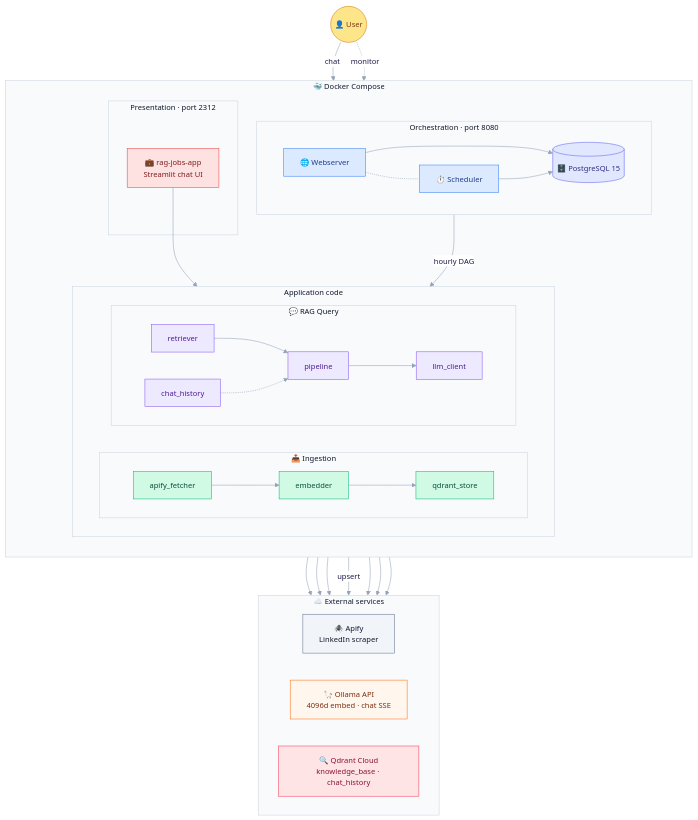
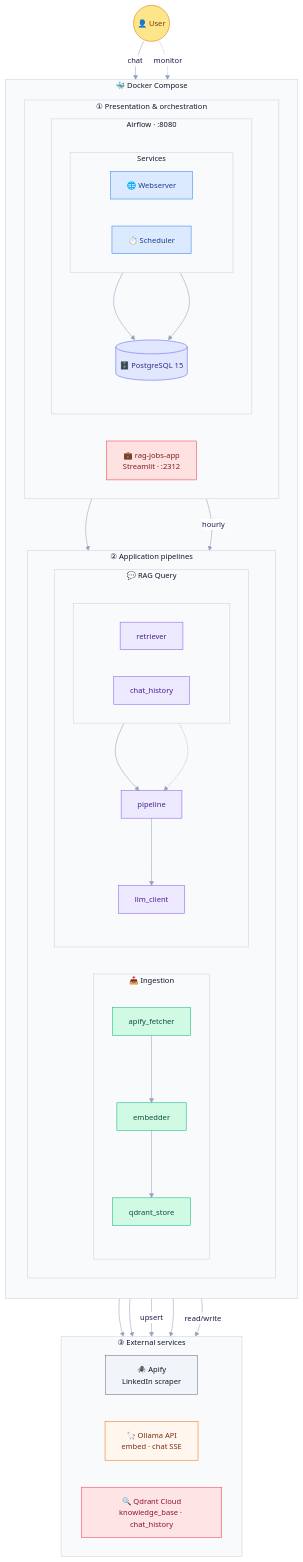
Before and after one commit to HermannSamimi/RAG-jobs: the second of 7 diagrams in README.md, drawn with Mermaid. The commit also changed other lines of this file, not shown here.

Commit message:
docs: Revise README to enhance project architecture visualization with Mermaid diagrams, reorganize sections for clarity, and update service descriptions

```diff
--- a/README.md
+++ b/README.md
@@ -155,55 +155,63 @@
     subgraph Docker["🐳 Docker Compose"]
         direction TB
 
-        subgraph UI["Presentation · port 2312"]
-            App["💼 rag-jobs-app<br/>Streamlit chat UI"]
+        subgraph Top["① Presentation & orchestration"]
+            direction LR
+            App["💼 rag-jobs-app<br/>Streamlit · :2312"]
+            subgraph Airflow["Airflow · :8080"]
+                direction TB
+                subgraph AFRow["Services"]
+                    direction LR
+                    Web["🌐 Webserver"]
+                    Sched["⏱️ Scheduler"]
+                end
+                PG[("🗄️ PostgreSQL 15")]
+                Web --> PG
+                Sched --> PG
+            end
         end
 
-        subgraph Airflow["Orchestration · port 8080"]
-            direction LR
-            Web["🌐 Webserver"]
-            Sched["⏱️ Scheduler"]
-            PG[("🗄️ PostgreSQL 15")]
-            Web -.- Sched
-            Web --> PG
-            Sched --> PG
-        end
-
-        subgraph Pipelines["Application code"]
+        subgraph Mid["② Application pipelines"]
             direction LR
 
             subgraph Ingest["📥 Ingestion"]
-                direction LR
+                direction TB
                 I1["apify_fetcher"] --> I2["embedder"] --> I3["qdrant_store"]
             end
 
             subgraph Query["💬 RAG Query"]
-                direction LR
-                Q1["retriever"] --> Q3["pipeline"] --> Q4["llm_client"]
-                Q2["chat_history"] -.-> Q3
+                direction TB
+                subgraph QRow[" "]
+                    direction LR
+                    Q1["retriever"]
+                    Q2["chat_history"]
+                end
+                Q3["pipeline"]
+                Q4["llm_client"]
+                Q1 --> Q3
+                Q2 -.-> Q3
+                Q3 --> Q4
             end
         end
     end
 
-    subgraph External["☁️ External services"]
+    subgraph External["③ External services"]
         direction LR
         Apify["🕷️ Apify<br/>LinkedIn scraper"]
-        Ollama["🦙 Ollama API<br/>4096d embed · chat SSE"]
+        Ollama["🦙 Ollama API<br/>embed · chat SSE"]
         Qdrant["🔍 Qdrant Cloud<br/>knowledge_base · chat_history"]
     end
 
     User -->|chat| App
     User -.->|monitor| Web
-    Sched -->|hourly DAG| I1
-    App --> Q3
-    App --> Qdrant
+    Sched -->|hourly| Ingest
+    App --> Query
 
-    I1 --> Apify
-    I2 --> Ollama
-    I3 -->|upsert| Qdrant
-    Q1 --> Qdrant
-    Q2 --> Qdrant
-    Q4 --> Ollama
+    Ingest --> Apify
+    Ingest --> Ollama
+    Ingest -->|upsert| Qdrant
+    Query --> Ollama
+    Query -->|read/write| Qdrant
 
     classDef user fill:#FDE68A,stroke:#D97706,stroke-width:1px,color:#78350F
     classDef ui fill:#FEE2E2,stroke:#EF4444,stroke-width:1px,color:#7F1D1D
```
